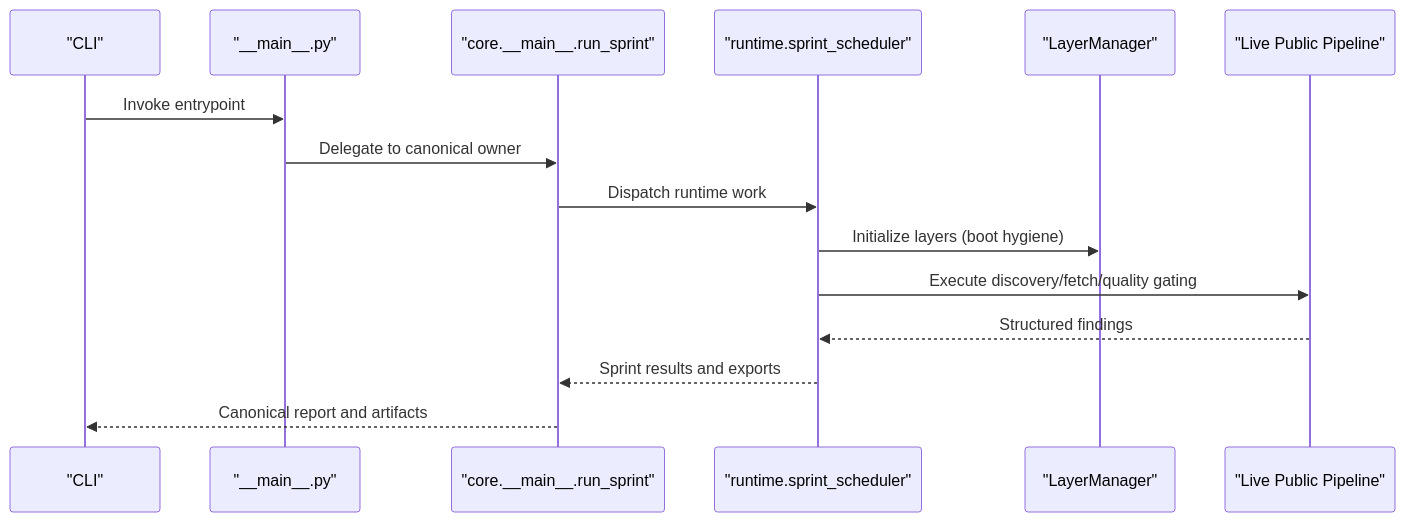
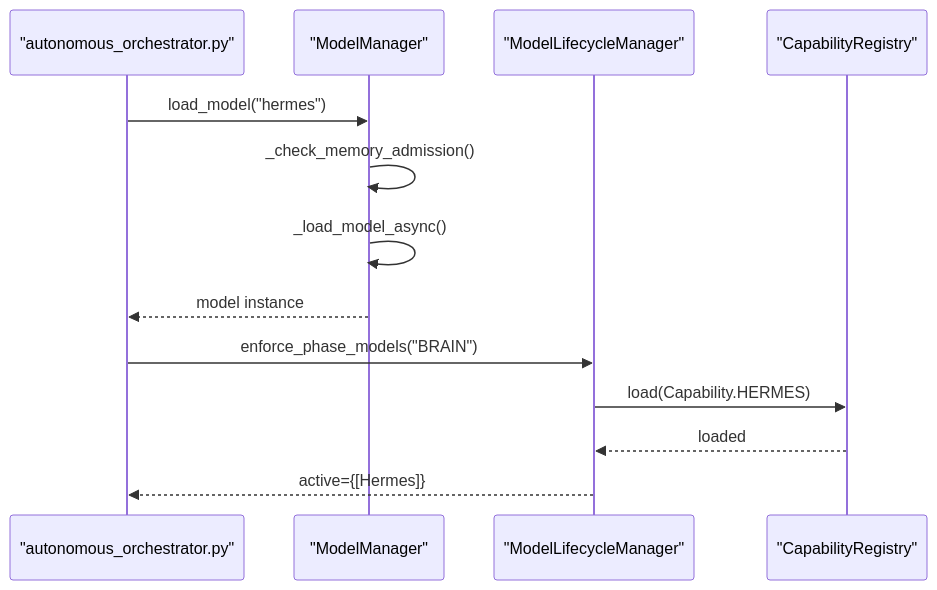
Before and after one commit to Hamulda/hledac-universal: the third of 10 diagrams in .qoder/repowiki/en/content/Project Overview/Project Overview.md, drawn with Mermaid. The commit also changed other lines of this file and 236 other files, not shown here.

Commit message:
feat: F234 prelive gate, acquisition strategy and sprint scheduler improvements

````diff
--- a/.qoder/repowiki/en/content/Project Overview/Project Overview.md
+++ b/.qoder/repowiki/en/content/Project Overview/Project Overview.md
@@ -163,17 +191,15 @@
 ```mermaid
 sequenceDiagram
-participant CLI as "CLI"
-participant Main as "__main__.py"
-participant AO as "core.__main__.run_sprint"
-participant Sched as "runtime.sprint_scheduler"
-participant Layers as "LayerManager"
-participant Pipe as "Live Public Pipeline"
-CLI->>Main : Invoke entrypoint
-Main->>AO : Delegate to canonical owner
-AO->>Sched : Dispatch runtime work
-Sched->>Layers : Initialize layers (boot hygiene)
-Sched->>Pipe : Execute discovery/fetch/quality gating
-Pipe-->>Sched : Structured findings
-Sched-->>AO : Sprint results and exports
-AO-->>CLI : Canonical report and artifacts
+participant Facade as "autonomous_orchestrator.py"
+participant Owner as "ModelManager"
+participant Facade2 as "ModelLifecycleManager"
+participant Registry as "CapabilityRegistry"
+Facade->>Owner : load_model("hermes")
+Owner->>Owner : _check_memory_admission()
+Owner->>Owner : _load_model_async()
+Owner-->>Facade : model instance
+Facade->>Facade2 : enforce_phase_models("BRAIN")
+Facade2->>Registry : load(Capability.HERMES)
+Registry-->>Facade2 : loaded
+Facade2-->>Facade : active={[Hermes]}
 ```
````
